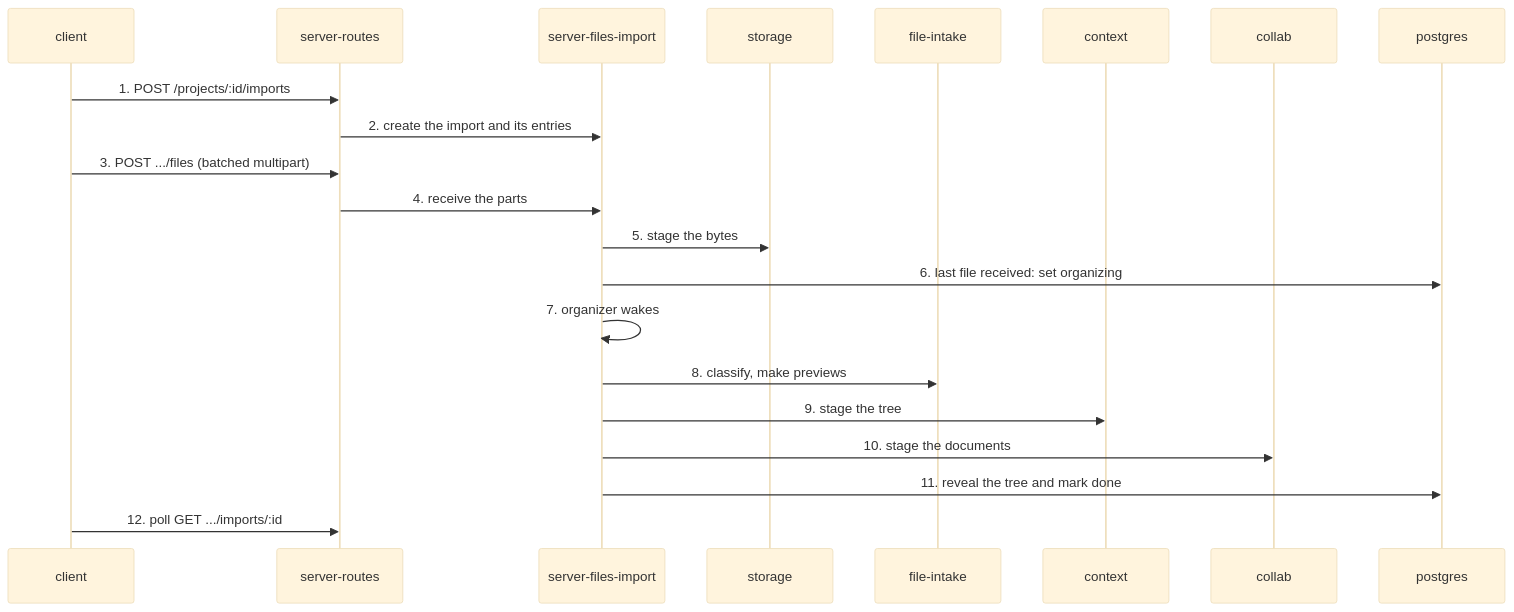
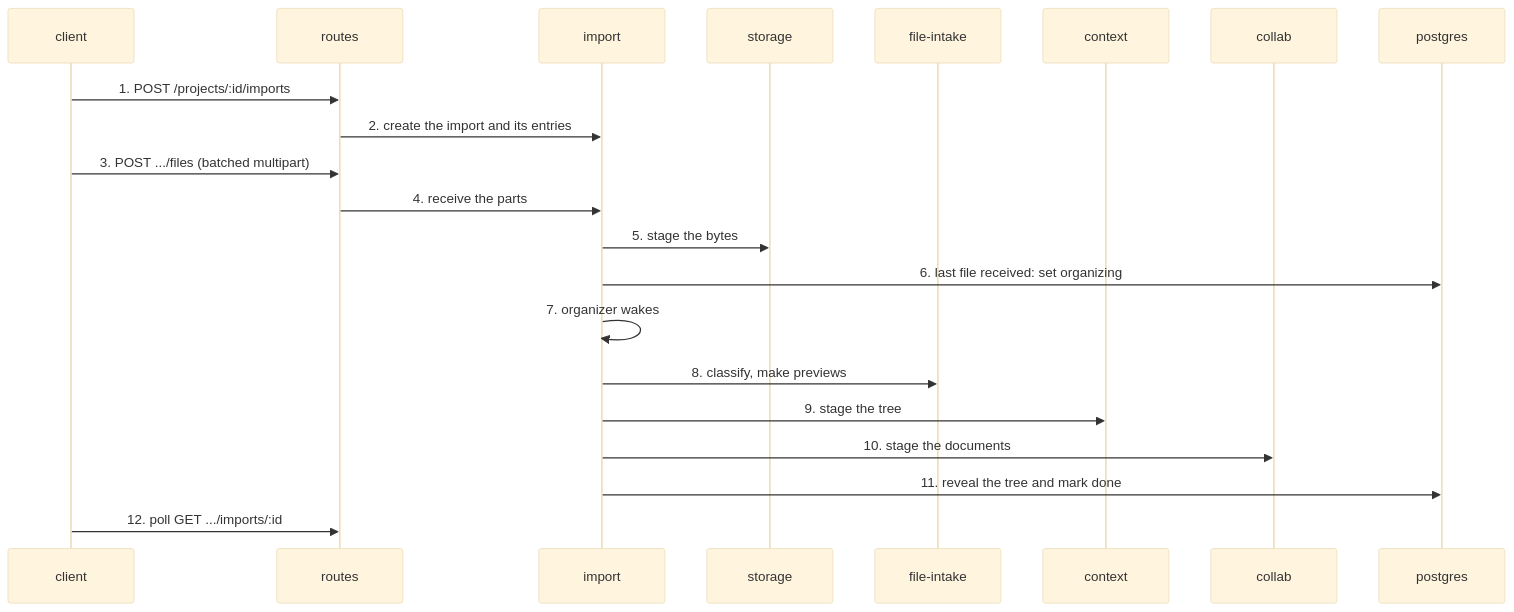
The diagram in .context/system-architecture/flows/an-import.md (haowjy/meridian-flow), drawn with Mermaid (base theme) before and after one commit. The commit also changed 3 other files, not shown here.

First line of the commit message:
Flows: participants show their plain names; dependencies: shorter note on rows

````diff
--- a/.context/system-architecture/flows/an-import.md
+++ b/.context/system-architecture/flows/an-import.md
@@ -7,23 +7,23 @@
 ```mermaid
 sequenceDiagram
   participant client
-  participant server-routes
-  participant server-files-import
+  participant server-routes as routes
+  participant server-files-import as import
   participant storage
   participant file-intake
   participant context
   participant collab
   participant postgres
   client->>server-routes: 1. POST /projects/:id/imports
   server-routes->>server-files-import: 2. create the import and its entries
   client->>server-routes: 3. POST .../files (batched multipart)
   server-routes->>server-files-import: 4. receive the parts
   server-files-import->>storage: 5. stage the bytes
   server-files-import->>postgres: 6. last file received: set organizing
   server-files-import->>server-files-import: 7. organizer wakes
   server-files-import->>file-intake: 8. classify, make previews
   server-files-import->>context: 9. stage the tree
   server-files-import->>collab: 10. stage the documents
   server-files-import->>postgres: 11. reveal the tree and mark done
   client->>server-routes: 12. poll GET .../imports/:id
 ```
````
